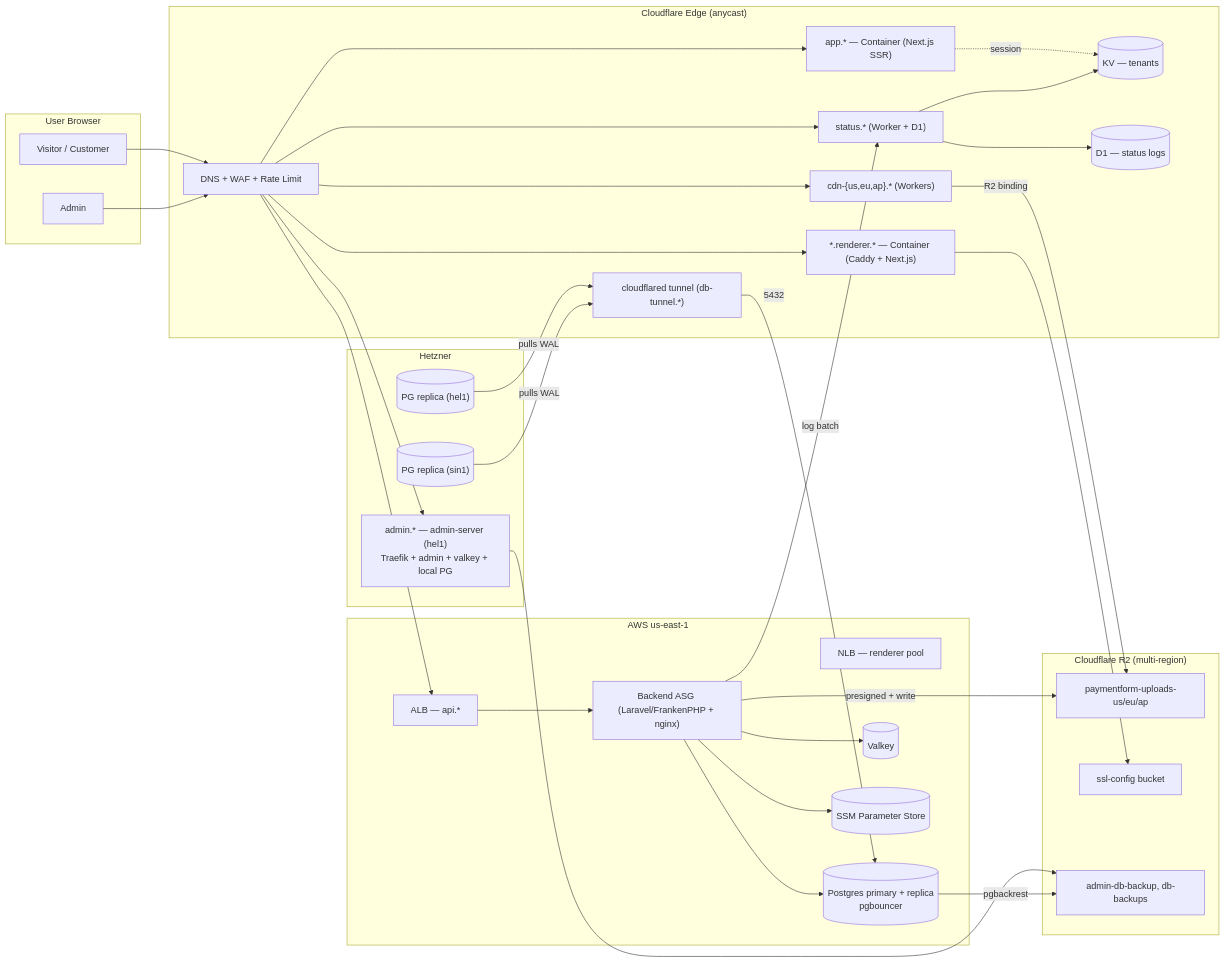
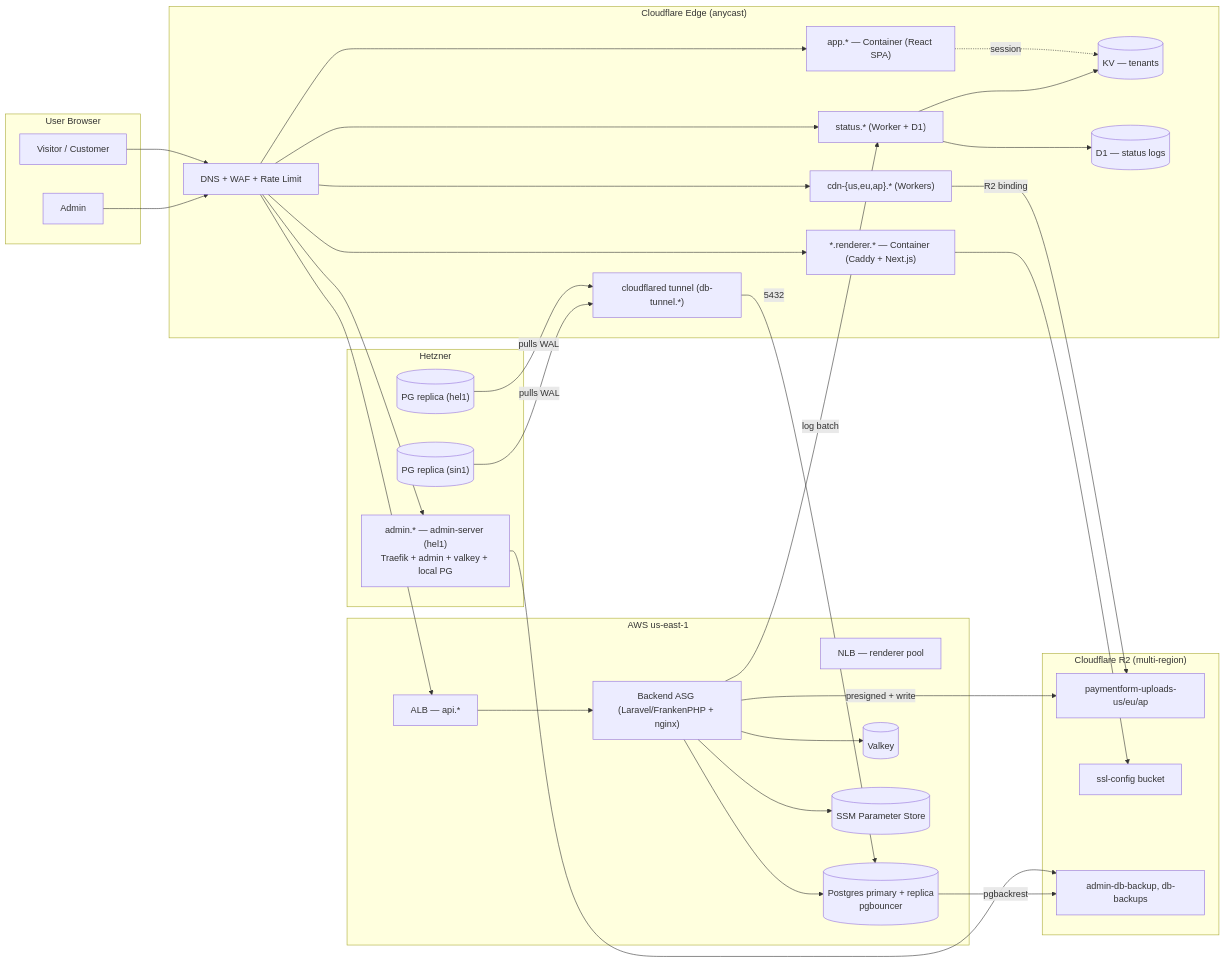
The first of 4 diagrams in README.md (bit-apps-pro/paymentform-iaac), drawn with Mermaid before and after one commit. The commit also changed other lines of this file and 1 other file, not shown here.

Commit message:
Fix(docs): Update client dashboard description from Next.js SSR to React SPA

````diff
--- a/README.md
+++ b/README.md
@@ -81,69 +81,69 @@
 ```mermaid
 flowchart LR
     subgraph User["User Browser"]
         U[Visitor / Customer]
         A[Admin]
     end
 
     subgraph CF["Cloudflare Edge (anycast)"]
         DNS[DNS + WAF + Rate Limit]
         Status["status.* (Worker + D1)"]
         CDN["cdn-{us,eu,ap}.* (Workers)"]
-        Client["app.* — Container (Next.js SSR)"]
+        Client["app.* — Container (React SPA)"]
         Renderer["*.renderer.* — Container (Caddy + Next.js)"]
         Tunnel["cloudflared tunnel (db-tunnel.*)"]
         KV[(KV — tenants)]
         D1[(D1 — status logs)]
     end
 
     subgraph AWS["AWS us-east-1"]
         ALB[ALB — api.*]
         Backend["Backend ASG (Laravel/FrankenPHP + nginx)"]
         NLB[NLB — renderer pool]
         PG[(Postgres primary + replica<br/>pgbouncer)]
         Valkey[(Valkey)]
         SSM[(SSM Parameter Store)]
     end
 
     subgraph R2["Cloudflare R2 (multi-region)"]
         Uploads[paymentform-uploads-us/eu/ap]
         SSL[ssl-config bucket]
         Backups[admin-db-backup, db-backups]
     end
 
     subgraph HZ["Hetzner"]
         Admin["admin.* — admin-server (hel1)<br/>Traefik + admin + valkey + local PG"]
         ReplicaEU[("PG replica (hel1)")]
         ReplicaAP[("PG replica (sin1)")]
     end
 
     U --> DNS
     A --> DNS
     DNS --> Client
     DNS --> Renderer
     DNS --> Status
     DNS --> CDN
     DNS --> ALB
     DNS --> Admin
 
     Client -.session.-> KV
     Renderer --> SSL
     Status --> D1
     Status --> KV
 
     ALB --> Backend
     Backend --> PG
     Backend --> Valkey
     Backend --> SSM
     Backend -- presigned + write --> Uploads
     Backend -- log batch --> Status
 
     CDN -- R2 binding --> Uploads
 
     Tunnel -- 5432 --> PG
     ReplicaEU -- pulls WAL --> Tunnel
     ReplicaAP -- pulls WAL --> Tunnel
 
     Admin --> Backups
     PG -- pgbackrest --> Backups
 ```
````
